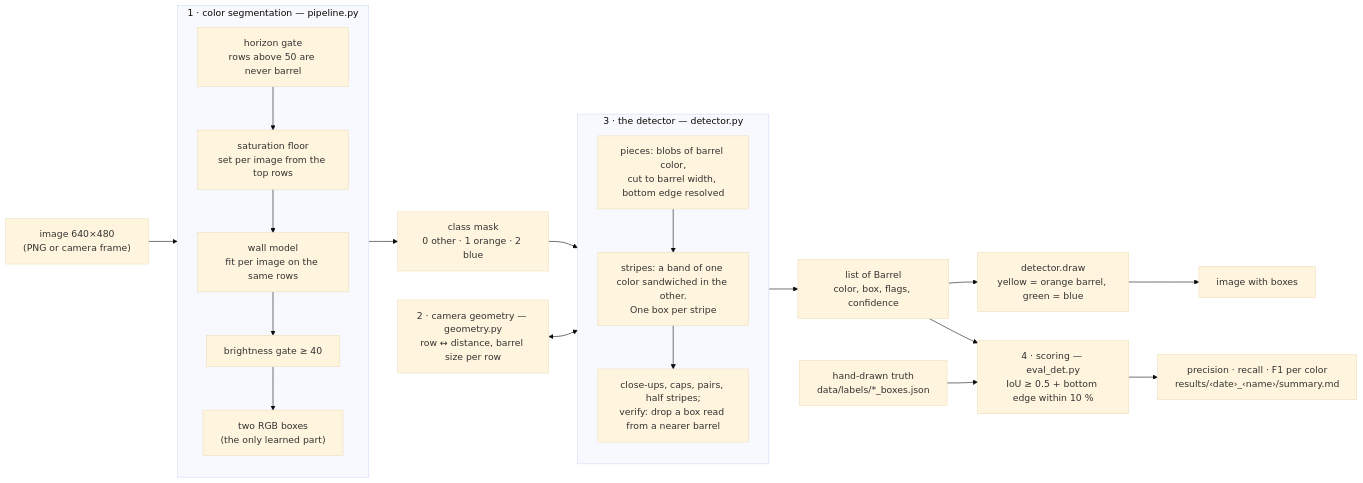
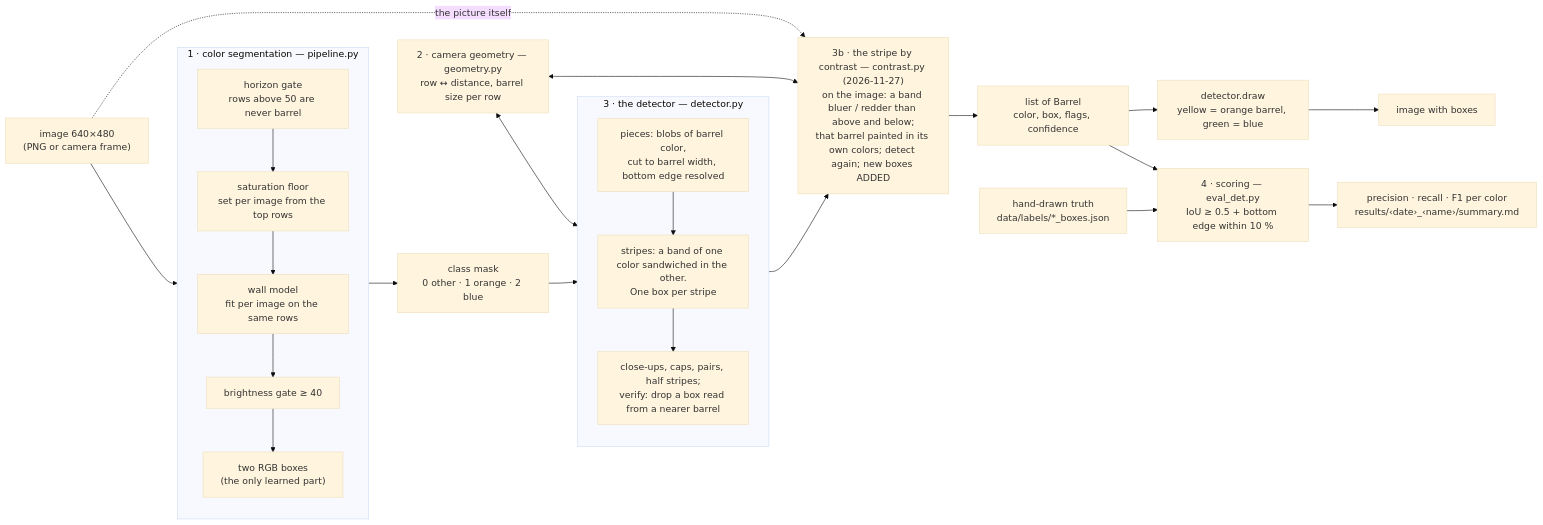
The first of 3 diagrams in barrels/docs/ARCHITECTURE.md (Tanush-A/vex-aim-tools-barrels), drawn with Mermaid (base theme) before and after one commit. The commit also changed other lines of this file and 4 other files, not shown here.

Commit message:
docs: the stripe by contrast as stage 11 (DETECTOR-MAP: the stage, its checks, its 23 numbers, the adoption and its proof), HOW-IT-WORKS 3b with the worked example, the short version, ARCHITECTURE, README

````diff
--- a/barrels/docs/ARCHITECTURE.md
+++ b/barrels/docs/ARCHITECTURE.md
@@ -7,20 +7,23 @@
 ```mermaid
 flowchart LR
     IMG["image 640×480<br/>(PNG or camera frame)"] --> SEG
     subgraph SEG["1 · color segmentation — pipeline.py"]
         direction TB
         G1["horizon gate<br/>rows above 50 are never barrel"] --> G2["saturation floor<br/>set per image from the top rows"] --> G3["wall model<br/>fit per image on the same rows"] --> G4["brightness gate ≥ 40"] --> G5["two RGB boxes<br/>(the only learned part)"]
     end
     SEG --> MASK["class mask<br/>0 other · 1 orange · 2 blue"]
     MASK --> DET
     subgraph DET["3 · the detector — detector.py"]
         direction TB
         S1["pieces: blobs of barrel color,<br/>cut to barrel width, bottom edge resolved"] --> S4["stripes: a band of one color sandwiched in the other.<br/>One box per stripe"] --> S3["close-ups, caps, pairs, half stripes;<br/>verify: drop a box read from a nearer barrel"]
     end
     GEO["2 · camera geometry — geometry.py<br/>row ↔ distance, barrel size per row"] <--> DET
-    DET --> BARRELS["list of Barrel<br/>color, box, flags, confidence"]
+    DET --> CN["3b · the stripe by contrast — contrast.py (2026-11-27)<br/>on the image: a band bluer / redder than above and below;<br/>that barrel painted in its own colors; detect again; new boxes ADDED"]
+    IMG -. the picture itself .-> CN
+    GEO <--> CN
+    CN --> BARRELS["list of Barrel<br/>color, box, flags, confidence"]
     BARRELS --> DRAW["detector.draw<br/>yellow = orange barrel, green = blue"] --> OUT["image with boxes"]
     BARRELS --> EVAL["4 · scoring — eval_det.py<br/>IoU ≥ 0.5 + bottom edge within 10 %"]
     GT["hand-drawn truth<br/>data/labels/*_boxes.json"] --> EVAL
     EVAL --> SCORE["precision · recall · F1 per color<br/>results/‹date›_‹name›/summary.md"]
 ```
````
